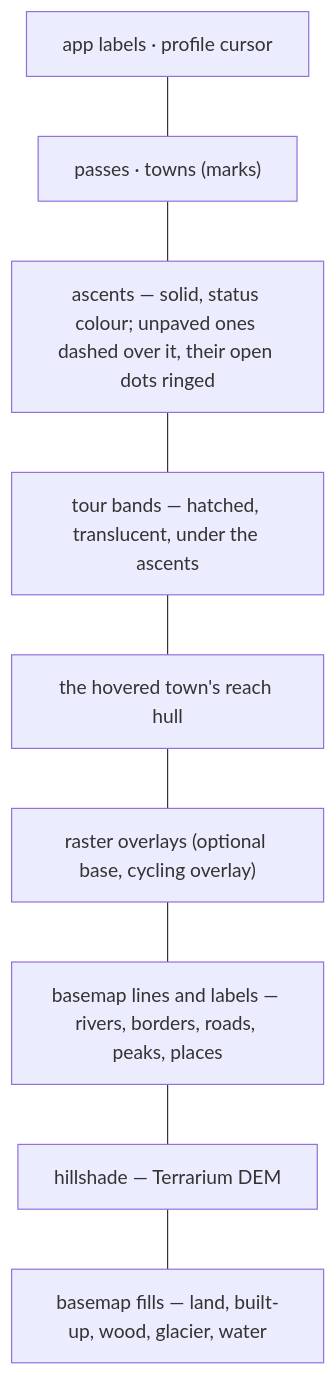
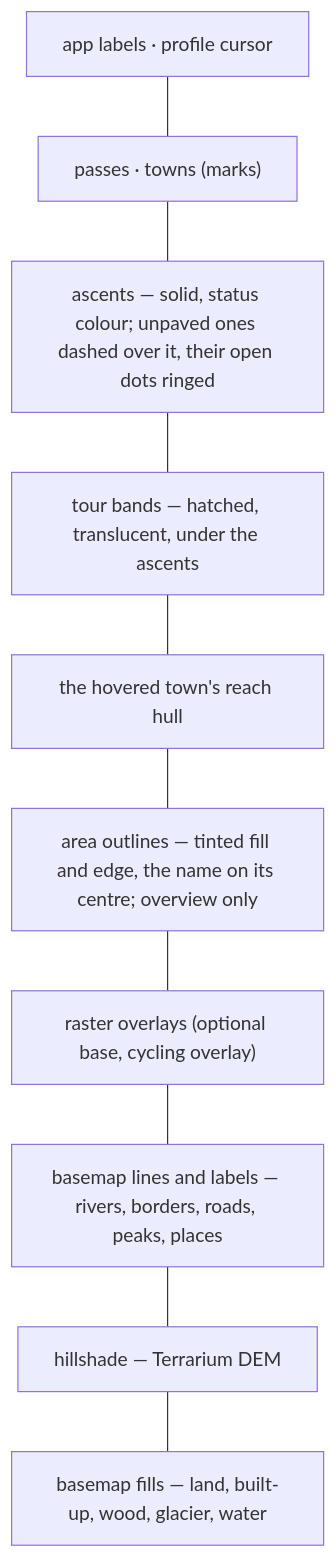
The first of 4 diagrams in docs/map-rendering.md (mdugue/alpen), drawn with Mermaid before and after one commit. The commit also changed other lines of this file and 41 other files, not shown here.

````diff
--- a/docs/map-rendering.md
+++ b/docs/map-rendering.md
@@ -168,13 +168,14 @@
 ```mermaid
 flowchart TB
   L9["app labels · profile cursor"]
   L8["passes · towns (marks)"]
   L7["ascents — solid, status colour; unpaved ones dashed over it, their open dots ringed"]
   L6["tour bands — hatched, translucent, under the ascents"]
   L5["the hovered town's reach hull"]
+  L45["area outlines — tinted fill and edge, the name on its centre; overview only"]
   L4["raster overlays (optional base, cycling overlay)"]
   L3["basemap lines and labels — rivers, borders, roads, peaks, places"]
   L2["hillshade — Terrarium DEM"]
   L1["basemap fills — land, built-up, wood, glacier, water"]
-  L9 --- L8 --- L7 --- L6 --- L5 --- L4 --- L3 --- L2 --- L1
+  L9 --- L8 --- L7 --- L6 --- L5 --- L45 --- L4 --- L3 --- L2 --- L1
 ```
````
